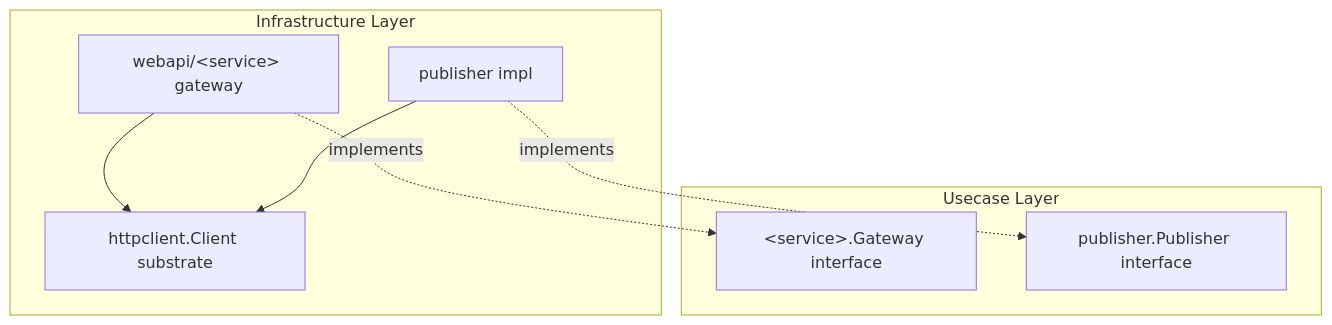
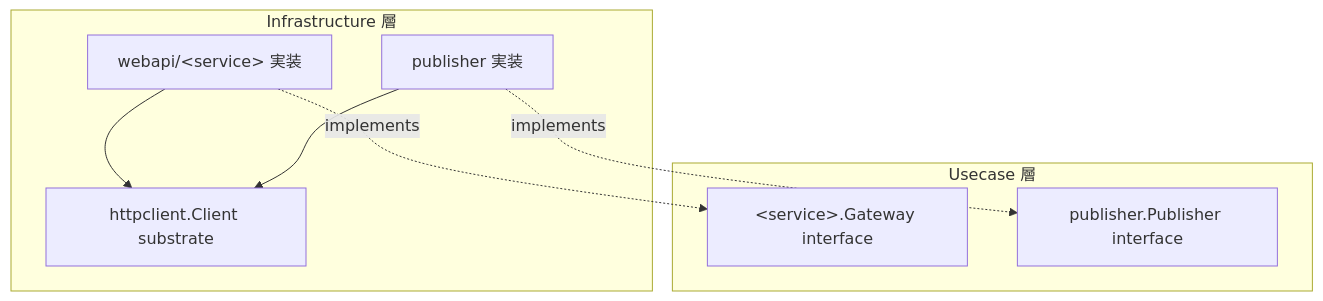
Before and after one commit to Tomy-ch/go-boilerplate: the diagram in internal/infrastructure/httpclient/README.md, drawn with Mermaid. The commit also changed other lines of this file and 970 other files, not shown here.

````diff
--- a/internal/infrastructure/httpclient/README.md
+++ b/internal/infrastructure/httpclient/README.md
@@ -7,17 +7,17 @@
 ```mermaid
 flowchart TB
-    subgraph "Usecase Layer"
+    subgraph "Usecase 層"
         GW["&lt;service&gt;.Gateway interface"]
         PUB["publisher.Publisher interface"]
     end
-    subgraph "Infrastructure Layer"
-        GWImpl["webapi/&lt;service&gt; gateway"]
-        PUBImpl["publisher impl"]
+    subgraph "Infrastructure 層"
+        GWImpl["webapi/&lt;service&gt; 実装"]
+        PUBImpl["publisher 実装"]
         Sub["httpclient.Client substrate"]
     end
 
     GWImpl -. implements .-> GW
     PUBImpl -. implements .-> PUB
     GWImpl --> Sub
     PUBImpl --> Sub
 ```
````
